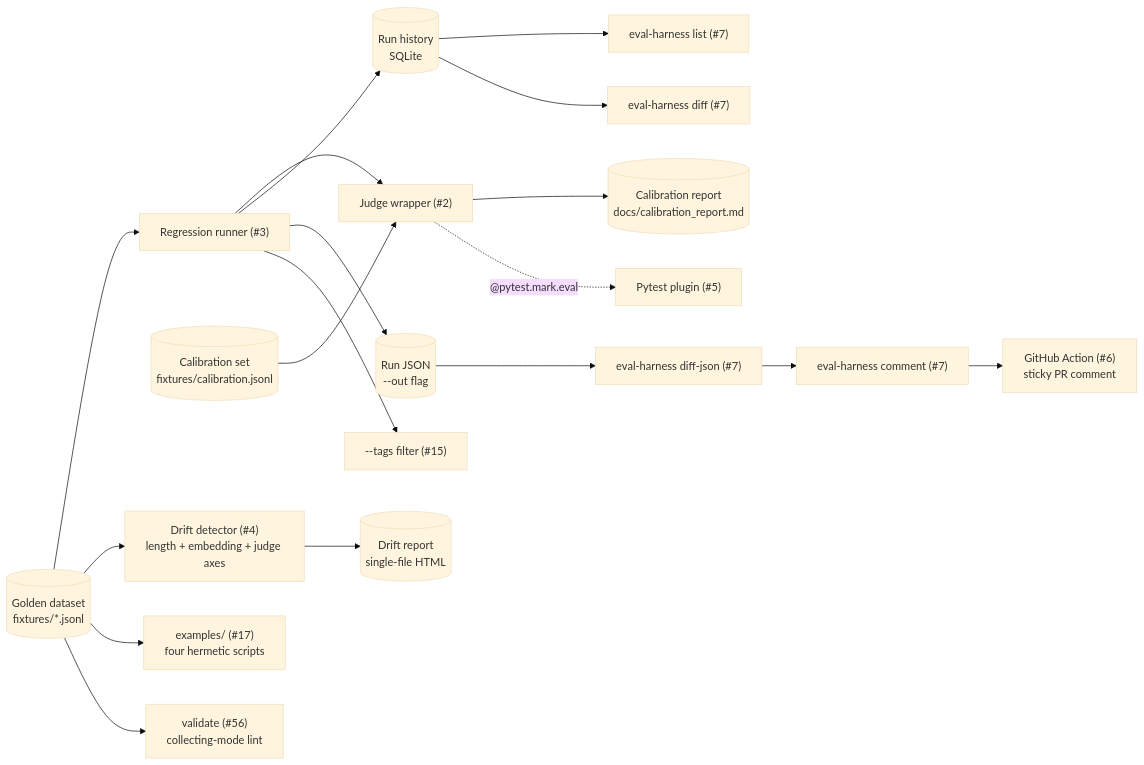
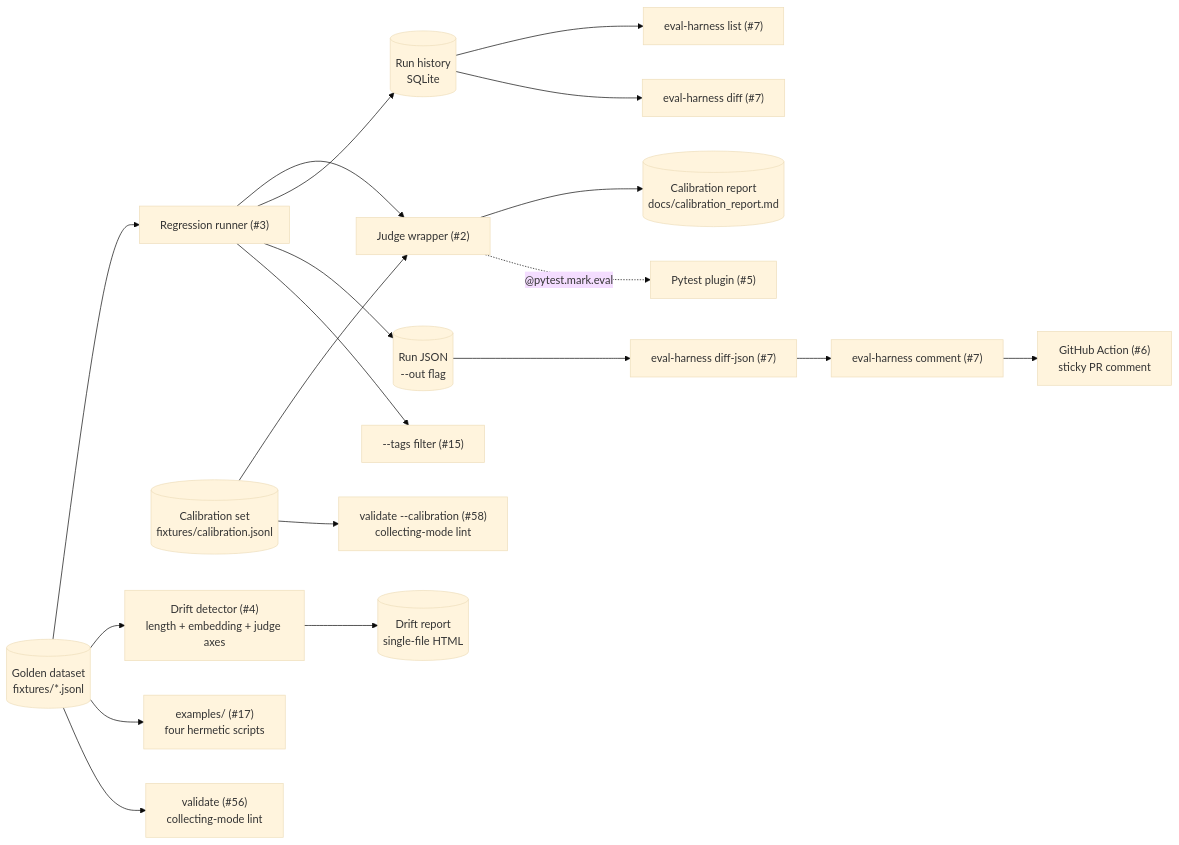
Before and after one commit to jt-mchorse/llm-eval-harness: the diagram in README.md, drawn with Mermaid (base theme). The commit also changed other lines of this file and 8 other files, not shown here.

First line of the commit message:
feat(calibration): validate --calibration — collecting-mode lint for calibration.jsonl (#59)

````diff
--- a/README.md
+++ b/README.md
@@ -73,20 +81,21 @@
 ```mermaid
 flowchart LR
   DS[("Golden dataset<br/>fixtures/*.jsonl")] --> RUN["Regression runner (#3)"]
   CAL[("Calibration set<br/>fixtures/calibration.jsonl")] --> JUDGE
   JUDGE["Judge wrapper (#2)"] --> CALOUT[("Calibration report<br/>docs/calibration_report.md")]
   RUN --> JUDGE
   RUN --> SQLITE[("Run history<br/>SQLite")]
   SQLITE --> LIST["eval-harness list (#7)"]
   SQLITE --> DIFF["eval-harness diff (#7)"]
   RUN --> JSON[("Run JSON<br/>--out flag")]
   JSON --> DIFFJSON["eval-harness diff-json (#7)"]
   DIFFJSON --> COMMENT["eval-harness comment (#7)"]
   COMMENT --> ACTION["GitHub Action (#6)<br/>sticky PR comment"]
   RUN --> TAGS["--tags filter (#15)"]
   DS --> DRIFT["Drift detector (#4)<br/>length + embedding + judge axes"]
   DRIFT --> HTML[("Drift report<br/>single-file HTML")]
   JUDGE -.->|"@pytest.mark.eval"| PYTEST["Pytest plugin (#5)"]
   DS --> EXAMPLES["examples/ (#17)<br/>four hermetic scripts"]
   DS --> VALIDATE["validate (#56)<br/>collecting-mode lint"]
+  CAL --> VALIDATE_CAL["validate --calibration (#58)<br/>collecting-mode lint"]
 ```
````
